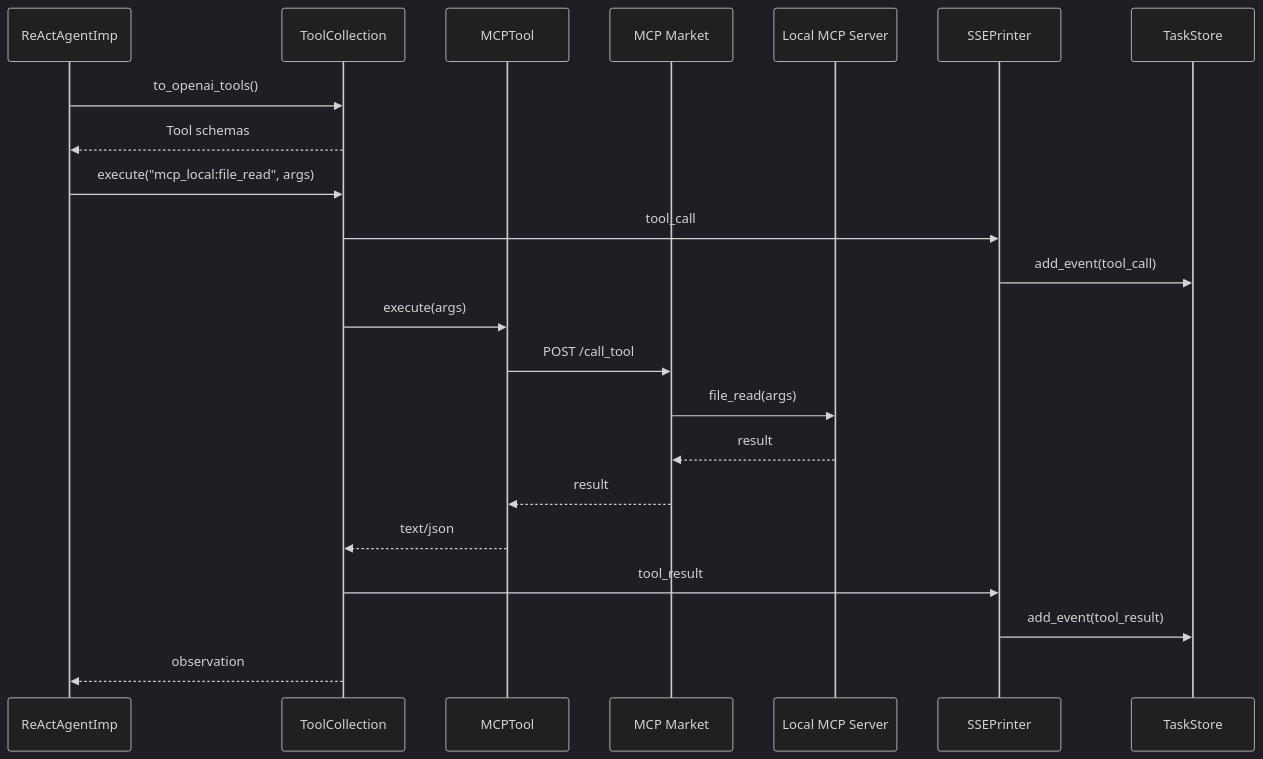
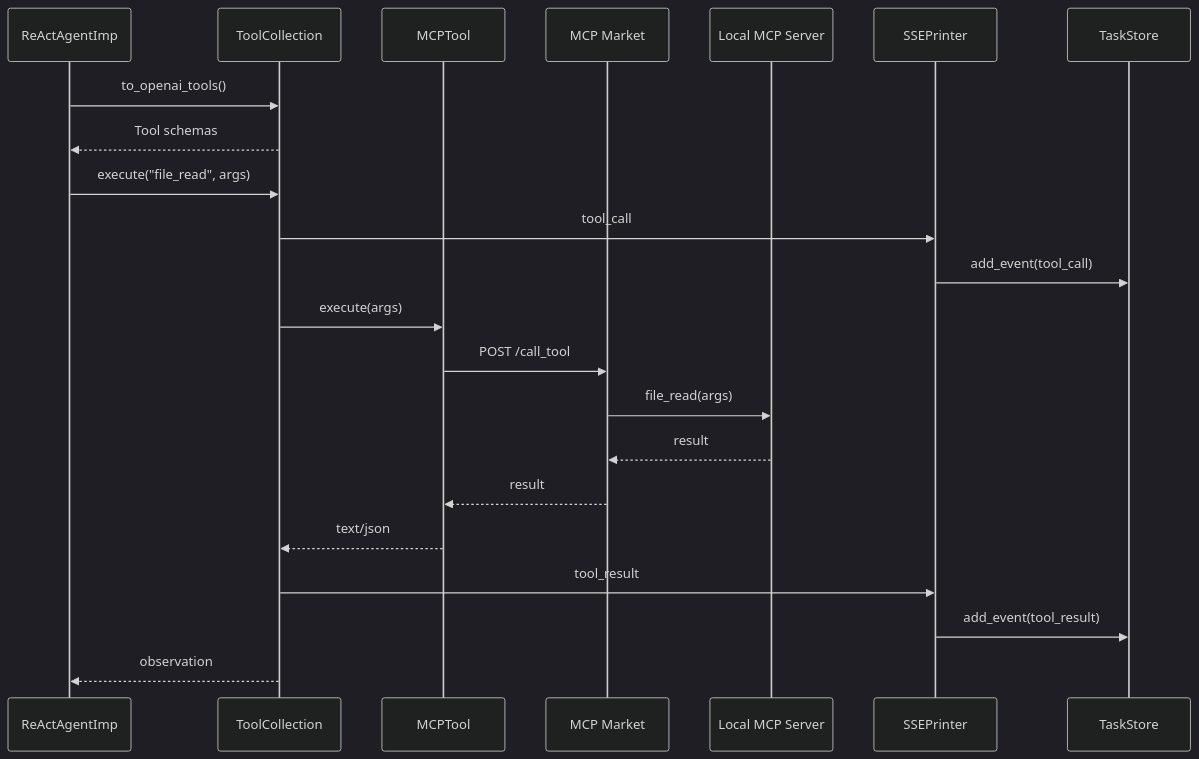
One commit to youkuxiaobin/task-pilot-agent changed diagram 11 of 18 in README.md. Above: the diagram before and after it, drawn with Mermaid (dark theme). The commit also changed other lines of this file and 35 other files, not shown here.

````diff
--- a/README.md
+++ b/README.md
@@ -237,25 +237,25 @@
 ```mermaid
 sequenceDiagram
   participant Agent as ReActAgentImp
   participant Tools as ToolCollection
   participant Adapter as MCPTool
   participant Market as MCP Market
   participant MCP as Local MCP Server
   participant Printer as SSEPrinter
   participant Store as TaskStore
 
   Agent->>Tools: to_openai_tools()
   Tools-->>Agent: Tool schemas
-  Agent->>Tools: execute("mcp_local:file_read", args)
+  Agent->>Tools: execute("file_read", args)
   Tools->>Printer: tool_call
   Printer->>Store: add_event(tool_call)
   Tools->>Adapter: execute(args)
   Adapter->>Market: POST /call_tool
   Market->>MCP: file_read(args)
   MCP-->>Market: result
   Market-->>Adapter: result
   Adapter-->>Tools: text/json
   Tools->>Printer: tool_result
   Printer->>Store: add_event(tool_result)
   Tools-->>Agent: observation
 ```
````
